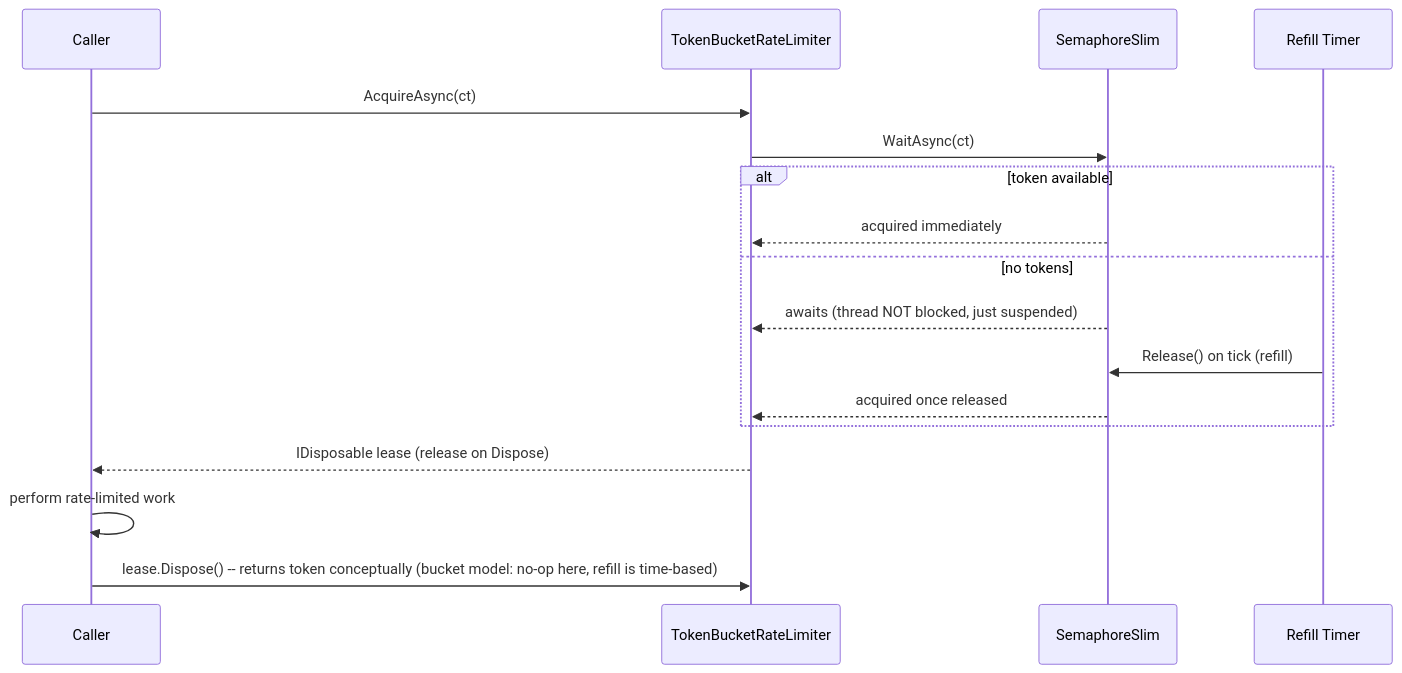
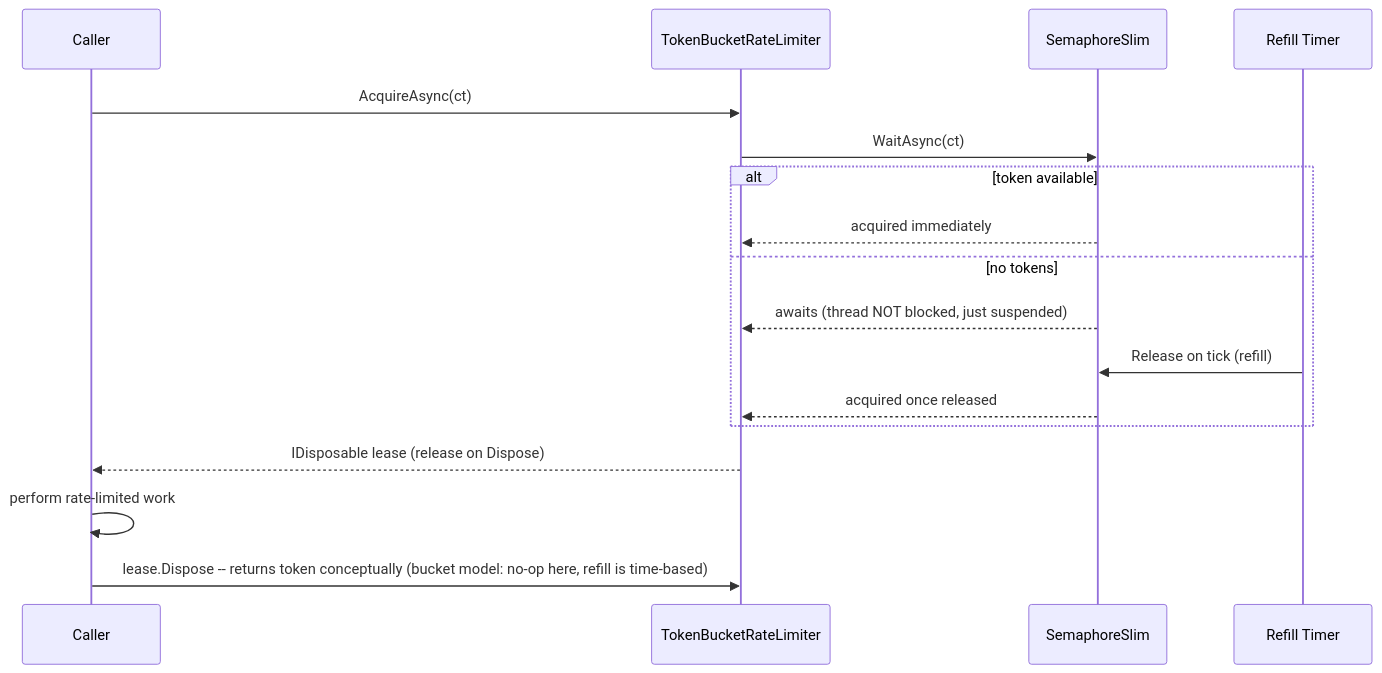
The fourth of 4 diagrams in 01-CSharp/02-Async-Await-Internals.md (umashankarp/InterviewQuestions), drawn with Mermaid before and after one commit. The commit also changed other lines of this file and 173 other files, not shown here.

````diff
--- a/01-CSharp/02-Async-Await-Internals.md
+++ b/01-CSharp/02-Async-Await-Internals.md
@@ -619,20 +619,20 @@
 ```mermaid
 sequenceDiagram
-    participant Caller
-    participant Limiter as TokenBucketRateLimiter
-    participant Sem as SemaphoreSlim
-    participant Timer as Refill Timer
+ participant Caller
+ participant Limiter as TokenBucketRateLimiter
+ participant Sem as SemaphoreSlim
+ participant Timer as Refill Timer
 
-    Caller->>Limiter: AcquireAsync(ct)
-    Limiter->>Sem: WaitAsync(ct)
-    alt token available
-        Sem-->>Limiter: acquired immediately
-    else no tokens
-        Sem-->>Limiter: awaits (thread NOT blocked, just suspended)
-        Timer->>Sem: Release() on tick (refill)
-        Sem-->>Limiter: acquired once released
-    end
-    Limiter-->>Caller: IDisposable lease (release on Dispose)
-    Caller->>Caller: perform rate-limited work
-    Caller->>Limiter: lease.Dispose() -- returns token conceptually (bucket model: no-op here, refill is time-based)
+ Caller->>Limiter: AcquireAsync(ct)
+ Limiter->>Sem: WaitAsync(ct)
+ alt token available
+ Sem-->>Limiter: acquired immediately
+ else no tokens
+ Sem-->>Limiter: awaits (thread NOT blocked, just suspended)
+ Timer->>Sem: Release on tick (refill)
+ Sem-->>Limiter: acquired once released
+ end
+ Limiter-->>Caller: IDisposable lease (release on Dispose)
+ Caller->>Caller: perform rate-limited work
+ Caller->>Limiter: lease.Dispose -- returns token conceptually (bucket model: no-op here, refill is time-based)
 ```
````
